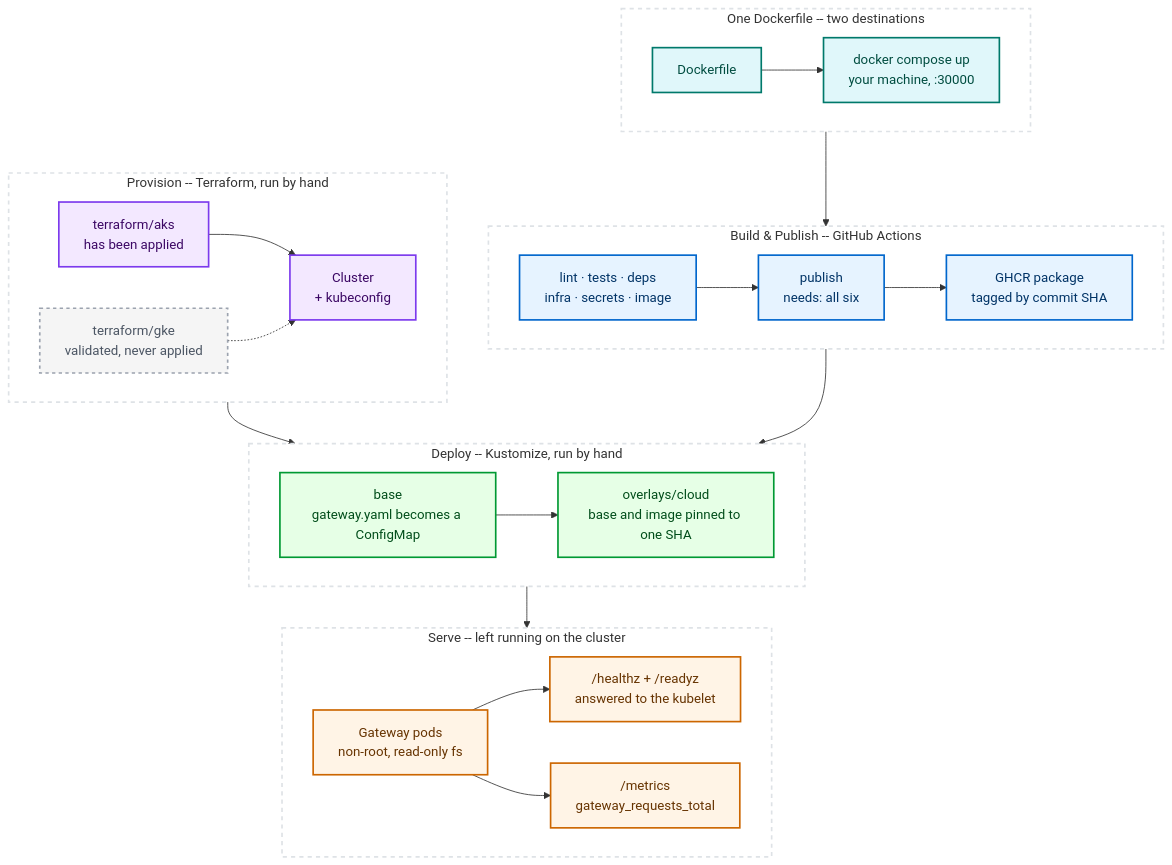
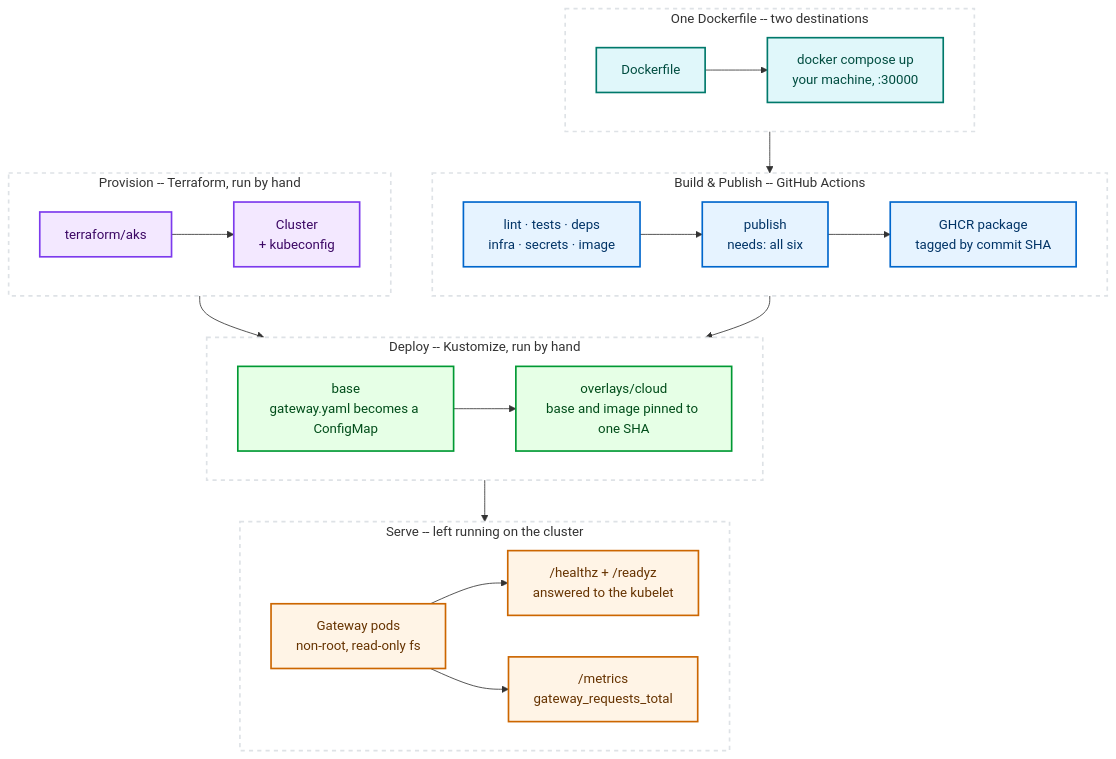
The second of 2 diagrams in README.md (PoisonOakey/universal-api-gateway), drawn with Mermaid before and after one commit. The commit also changed other lines of this file, not shown here.

First line of the commit message:
docs: drop gke from the delivery diagram, spell out GHCR and SHA

````diff
--- a/README.md
+++ b/README.md
@@ -106,48 +106,46 @@
 ```mermaid
 flowchart TD
     classDef ci fill:#e6f3ff,stroke:#0066cc,stroke-width:2px,color:#003366;
     classDef tf fill:#f3e8ff,stroke:#7c3aed,stroke-width:2px,color:#3b0764;
-    classDef tfx fill:#f5f5f5,stroke:#9ca3af,stroke-width:2px,stroke-dasharray: 4 4,color:#4b5563;
     classDef kz fill:#e6ffe6,stroke:#009933,stroke-width:2px,color:#004d1a;
     classDef run fill:#fff4e6,stroke:#cc6600,stroke-width:2px,color:#663300;
     classDef dk fill:#e0f7fa,stroke:#00796b,stroke-width:2px,color:#004d40;
 
     style Source fill:#ffffff,stroke:#dee2e6,stroke-width:2px,stroke-dasharray: 5 5,color:#333
     style Build fill:#ffffff,stroke:#dee2e6,stroke-width:2px,stroke-dasharray: 5 5,color:#333
     style Provision fill:#ffffff,stroke:#dee2e6,stroke-width:2px,stroke-dasharray: 5 5,color:#333
     style Deploy fill:#ffffff,stroke:#dee2e6,stroke-width:2px,stroke-dasharray: 5 5,color:#333
     style Serve fill:#ffffff,stroke:#dee2e6,stroke-width:2px,stroke-dasharray: 5 5,color:#333
 
     subgraph Source [One Dockerfile -- two destinations]
         direction LR
         S["Dockerfile"]:::dk --> L["docker compose up<br/>your machine, :30000"]:::dk
     end
 
     subgraph Build [Build &amp; Publish -- GitHub Actions]
         direction LR
         A["lint · tests · deps<br/>infra · secrets · image"]:::ci --> B["publish<br/>needs: all six"]:::ci
         B --> C["GHCR package<br/>tagged by commit SHA"]:::ci
     end
 
     subgraph Provision [Provision -- Terraform, run by hand]
         direction LR
-        D["terraform/aks<br/>has been applied"]:::tf --> F["Cluster<br/>+ kubeconfig"]:::tf
-        E["terraform/gke<br/>validated, never applied"]:::tfx -.-> F
+        D["terraform/aks"]:::tf --> F["Cluster<br/>+ kubeconfig"]:::tf
     end
 
     subgraph Deploy [Deploy -- Kustomize, run by hand]
         direction LR
         G["base<br/>gateway.yaml becomes a ConfigMap"]:::kz --> H["overlays/cloud<br/>base and image pinned to one SHA"]:::kz
     end
 
     subgraph Serve [Serve -- left running on the cluster]
         direction LR
         I["Gateway pods<br/>non-root, read-only fs"]:::run --> J["/healthz + /readyz<br/>answered to the kubelet"]:::run
         I --> K["/metrics<br/>gateway_requests_total"]:::run
     end
 
     S --> A
     C --> H
     F --> G
     H --> I
 ```
````
